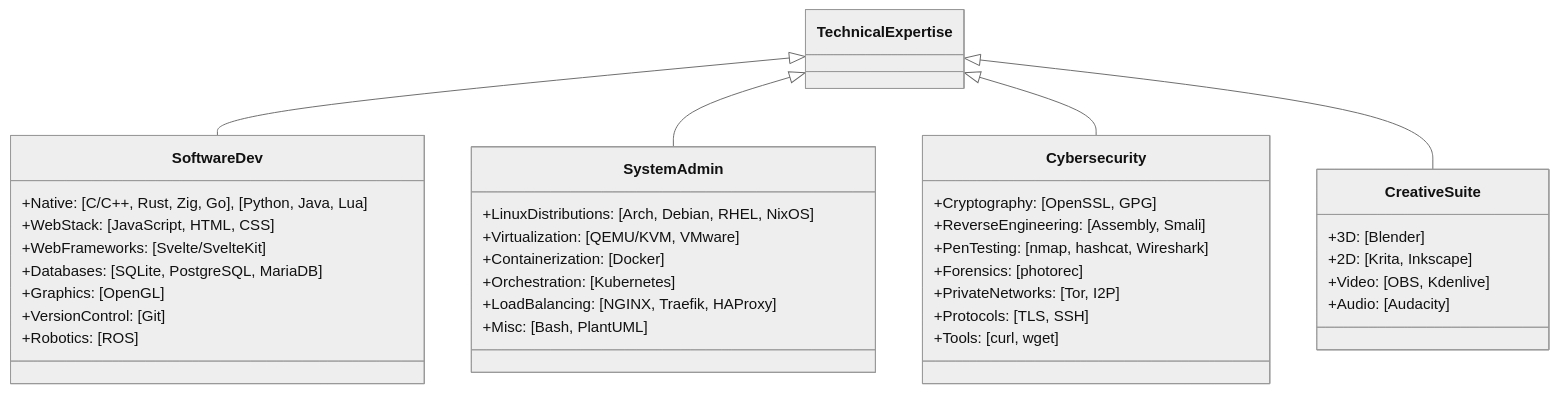
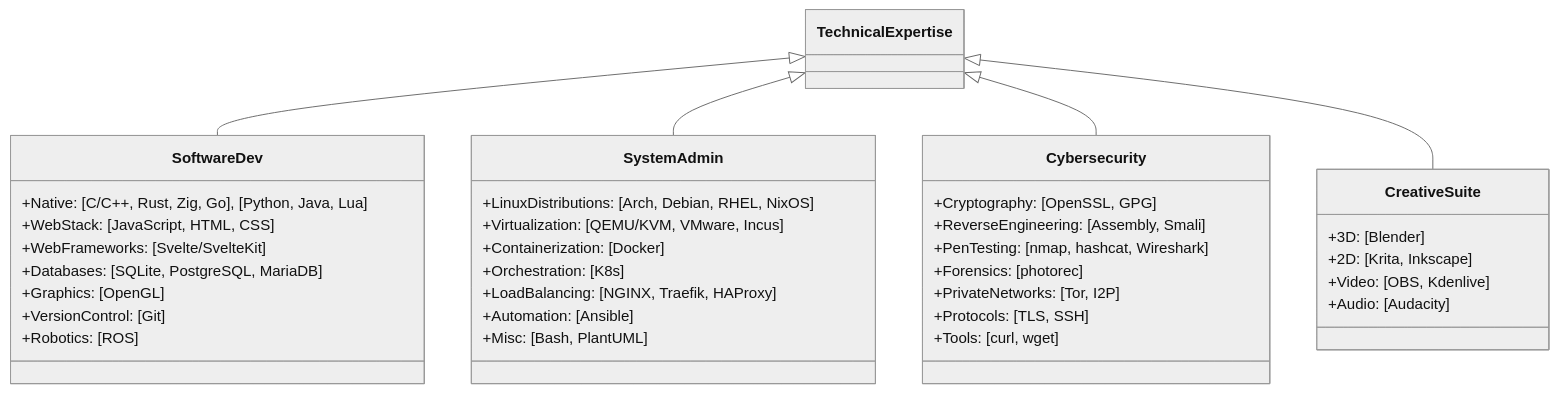
The diagram in src/technical-expertise/diagram.mmd (yuuhikaze/yuuhikaze.github.io), drawn with Mermaid before and after one commit. The commit also changed 7 other files, not shown here.

Commit message:
feat: updates CV and expertise diagram

```diff
--- a/src/technical-expertise/diagram.mmd
+++ b/src/technical-expertise/diagram.mmd
@@ -1,43 +1,44 @@
 %%{init: {'theme': 'neutral'}}%%
 classDiagram
     TechnicalExpertise <|-- SoftwareDev
     TechnicalExpertise <|-- SystemAdmin
     TechnicalExpertise <|-- Cybersecurity
     TechnicalExpertise <|-- CreativeSuite
 
     class SoftwareDev{
         +Native: [C/C++, Rust, Zig, Go], [Python, Java, Lua]
         +WebStack: [JavaScript, HTML, CSS]
         +WebFrameworks: [Svelte/SvelteKit]
         +Databases: [SQLite, PostgreSQL, MariaDB]
         +Graphics: [OpenGL]
         +VersionControl: [Git]
         +Robotics: [ROS]
     }
 
     class SystemAdmin{
         +LinuxDistributions: [Arch, Debian, RHEL, NixOS]
-        +Virtualization: [QEMU/KVM, VMware]
+        +Virtualization: [QEMU/KVM, VMware, Incus]
         +Containerization: [Docker]
-        +Orchestration: [Kubernetes]
+        +Orchestration: [K8s]
         +LoadBalancing: [NGINX, Traefik, HAProxy]
+        +Automation: [Ansible]
         +Misc: [Bash, PlantUML]
         %% +AndroidTools
     }
 
     class Cybersecurity{
         +Cryptography: [OpenSSL, GPG]
         +ReverseEngineering: [Assembly, Smali]
         +PenTesting: [nmap, hashcat, Wireshark]
         +Forensics: [photorec]
         +PrivateNetworks: [Tor, I2P]
         +Protocols: [TLS, SSH]
         +Tools: [curl, wget]
     }
 
     class CreativeSuite{
         +3D: [Blender]
         +2D: [Krita, Inkscape]
         +Video: [OBS, Kdenlive]
         +Audio: [Audacity]
     }
```
